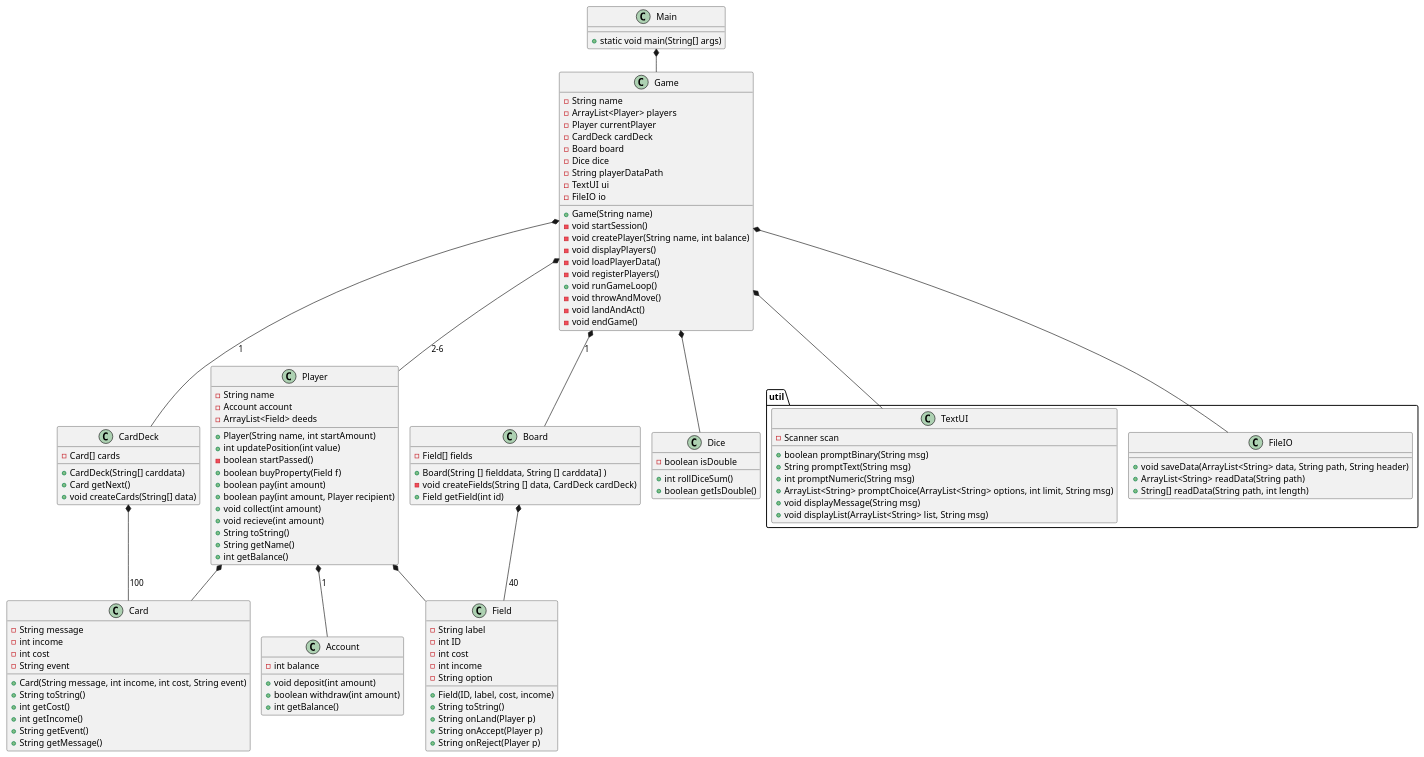
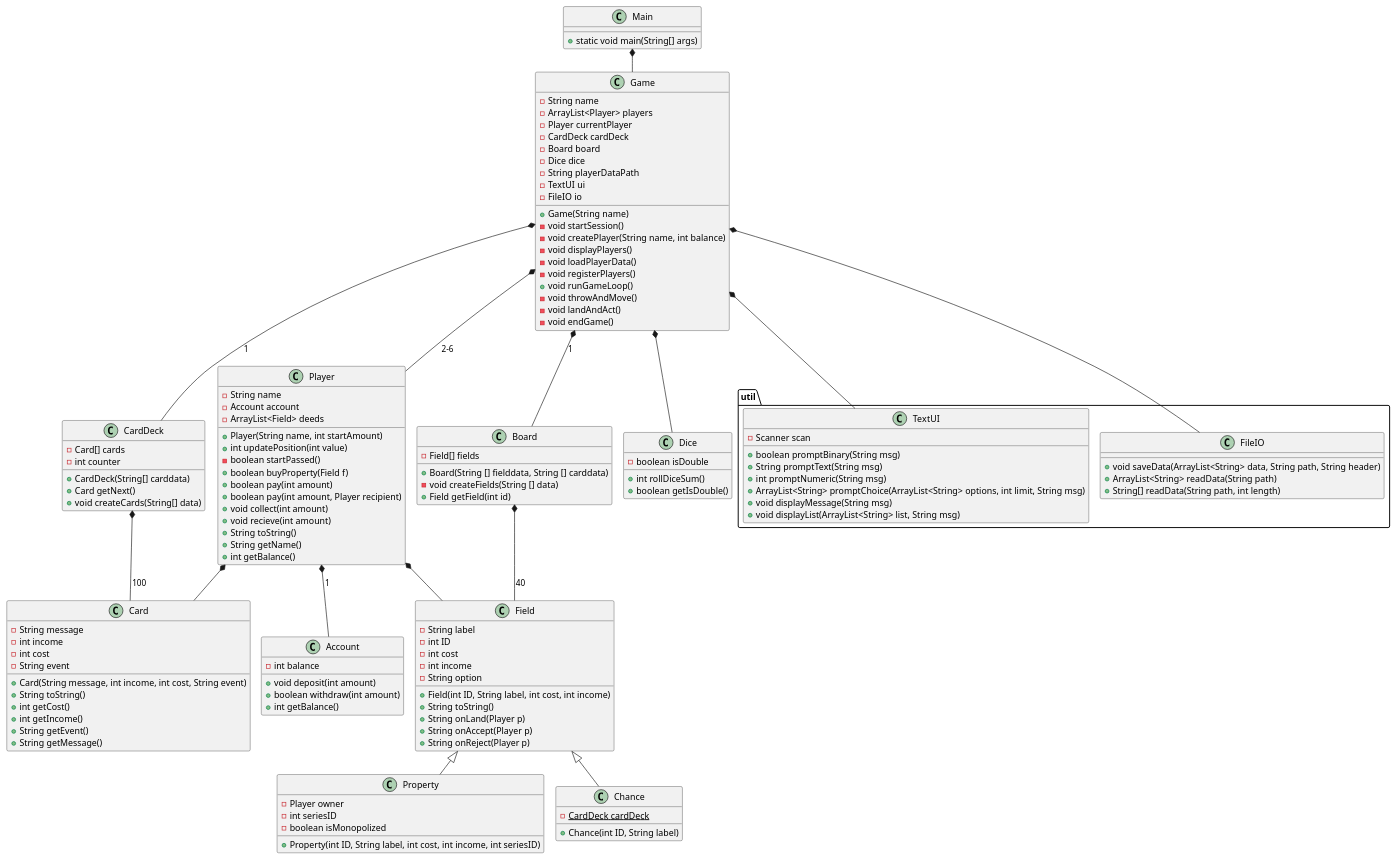
One commit to Dat1Cphbusiness/MonopolyF25 changed the diagram in doc/plan/static/classdiagram_v2.puml. Above: the diagram before and after it, drawn with PlantUML.

Commit message:
new version

```diff
--- a/doc/plan/static/classdiagram_v2.puml
+++ b/doc/plan/static/classdiagram_v2.puml
@@ -1,138 +1,146 @@
 @startuml
 !pragma layout smetana
 
 class Main{
 + static void main(String[] args)
 }
 
 
 
 
 class Game{
  - String name
  - ArrayList<Player> players
  - Player currentPlayer
  - CardDeck cardDeck
  - Board board
  - Dice dice
  'utilities
   - String playerDataPath
   - TextUI ui
   - FileIO io
   'Contructor
  + Game(String name)
  'Methods
  - void startSession()
  - void createPlayer(String name, int balance)
  - void displayPlayers()
   - void loadPlayerData()
  - void registerPlayers()
  + void runGameLoop()
  - void throwAndMove()
  - void landAndAct()
  - void endGame()
 
 }
 
 class Player{
 - String name
 - Account account
 - ArrayList<Field> deeds
 + Player(String name, int startAmount)
 + int updatePosition(int value)
 - boolean startPassed()
 + boolean buyProperty(Field f)
 + boolean pay(int amount)
 + boolean pay(int amount, Player recipient)
 + void collect(int amount)
 + void recieve(int amount)
 + String toString()
 + String getName()
 + int getBalance()
 }
 class Account{
 - int balance
 + void deposit(int amount)
 + boolean withdraw(int amount)
 + int getBalance()
 }
 
-
-
 class Field{
 - String label
  - int ID
  - int cost
  - int income
  - String option
- + Field(ID, label, cost, income)
+ + Field(int ID, String label, int cost, int income)
  + String toString()
  + String onLand(Player p)
  + String onAccept(Player p)
  + String onReject(Player p)
 }
 class Board{
  - Field[] fields
- + Board(String [] fielddata, String [] carddata] )
-'konstruktoren skal initialisere CardDeck med carddata som argument
- - void createFields(String [] data, CardDeck cardDeck)
- 'cardDeck skal senere sendes med som argument til statisk setCardDeck metode i Chance klassen
+ + Board(String [] fielddata, String [] carddata)
+'konstruktoren instansierer CardDeck med carddata som argument og tildeler til Chance.cardDeck
+ - void createFields(String [] data)
  + Field getField(int id)
 
 }
+class Property extends Field{
+ - Player owner
+ - int seriesID
+ - boolean isMonopolized
+ + Property(int ID, String label, int cost, int income, int seriesID)
+}
 
+class Chance extends Field{
+ - {static} CardDeck cardDeck
+ + Chance(int ID, String label)
+}
 class CardDeck {
 - Card[] cards
+- int counter
 + CardDeck(String[] carddata)
 + Card getNext()
 + void createCards(String[] data)
 }
 class Card{
 -String message
 -int income
 -int cost
 -String event
 +Card(String message, int income, int cost, String event)
 +String toString()
 + int getCost()
 + int getIncome()
 + String getEvent()
 + String getMessage()
 }
 
 class Dice{
  - boolean isDouble
  +int rollDiceSum()
  +boolean getIsDouble()
  }
 package "util" {
 class TextUI {
 - Scanner scan
 + boolean promptBinary(String msg)
 + String promptText(String msg)
 + int promptNumeric(String msg)
 + ArrayList<String> promptChoice(ArrayList<String> options, int limit, String msg)
 + void displayMessage(String msg)
 + void displayList(ArrayList<String> list, String msg)
 }
 
 class FileIO{
 + void saveData(ArrayList<String> data, String path, String header)
 + ArrayList<String> readData(String path)
 + String[] readData(String path, int length)
 }
 
 Game *-- TextUI
 Main *-- Game
 Game *-- Player: 2-6
 Game *-- FileIO
 Player *-- Account:1
 Game *-- Board:1
 Board *-- Field:40
 Game *-- CardDeck:1
 CardDeck *-- Card:100
 Game *-- Dice
 Player *-- Card
 Player *-- Field
 
 @enduml
```
